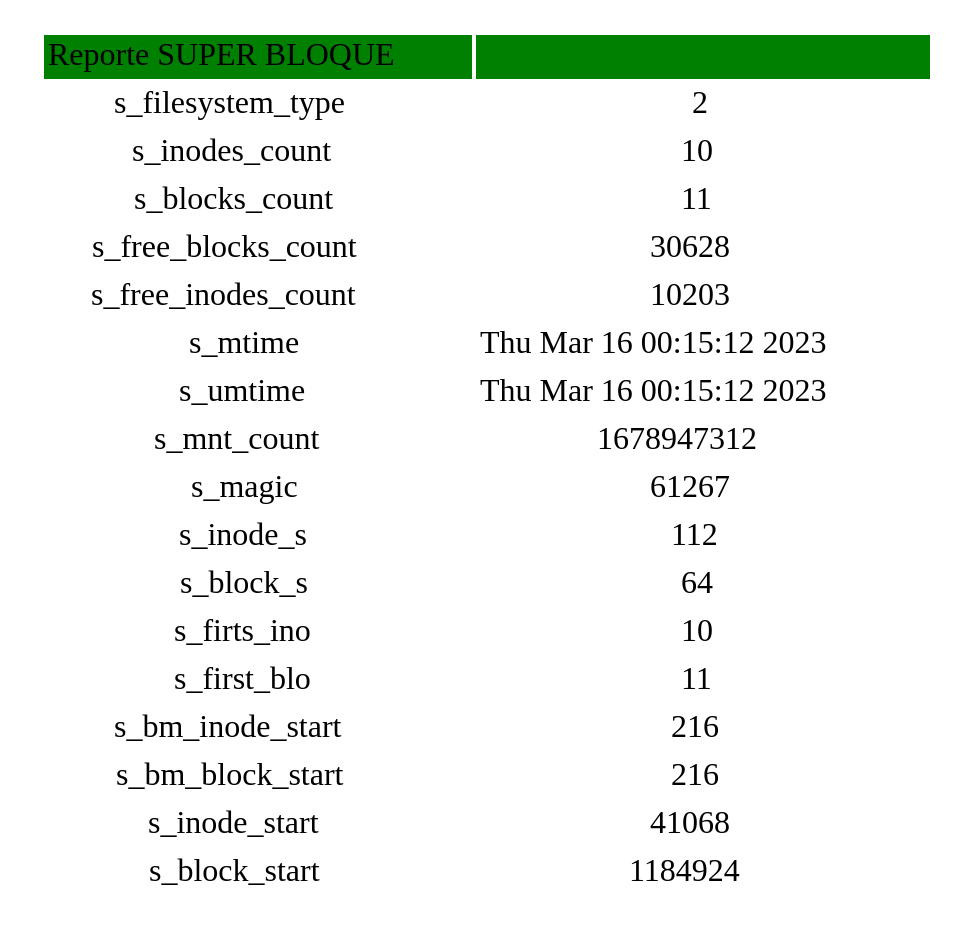
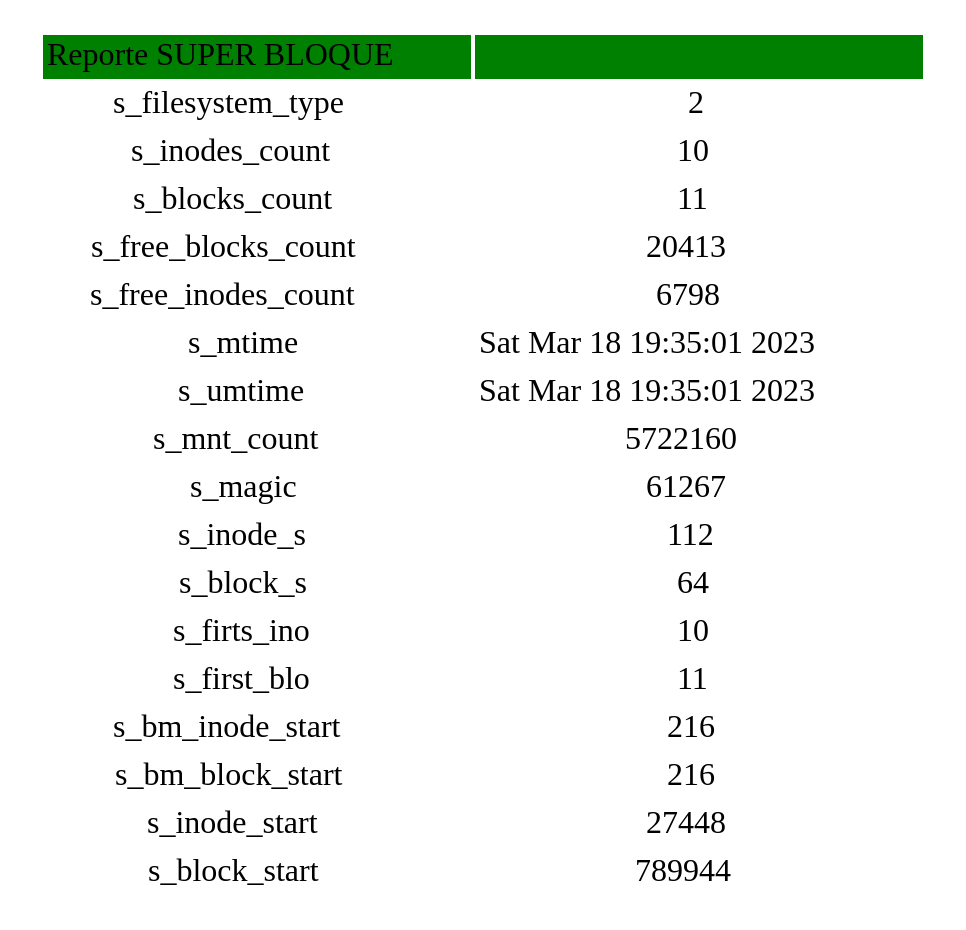
Before and after one commit to JoseMore99/-MIA-Proyecto1_201701015: the diagram in Reportsb.dot, drawn with Graphviz. The commit also changed 21 other files, not shown here.

```diff
--- a/Reportsb.dot
+++ b/Reportsb.dot
@@ -1,82 +1,82 @@
 digraph g {
 graph [];
 node [
 fontsize = "16"
 shape = "record"
 ];
 edge [];
  a0 [shape=none label=<<TABLE border="0">
 <TR><TD bgcolor="green">Reporte SUPER BLOQUE</TD>
 <TD bgcolor="green"></TD></TR>
 <TR><TD>s_filesystem_type</TD>
 <TD>
 2
 </TD></TR>
 <TR><TD>s_inodes_count</TD>
 <TD>
 10
 </TD></TR>
 <TR><TD>s_blocks_count</TD>
 <TD>
 11
 </TD></TR>
 <TR><TD>s_free_blocks_count</TD>
 <TD>
-30628
+20413
 </TD></TR>
 <TR><TD>s_free_inodes_count</TD>
 <TD>
-10203
+6798
 </TD></TR>
 <TR><TD>s_mtime</TD>
 <TD>
-Thu Mar 16 00:15:12 2023
+Sat Mar 18 19:35:01 2023
 
 </TD></TR>
 <TR><TD>s_umtime</TD>
 <TD>
-Thu Mar 16 00:15:12 2023
+Sat Mar 18 19:35:01 2023
 
 </TD></TR>
 <TR><TD>s_mnt_count</TD>
 <TD>
-1678947312
+5722160
 </TD></TR>
 <TR><TD>s_magic</TD>
 <TD>
 61267
 </TD></TR>
 <TR><TD>s_inode_s</TD>
 <TD>
 112
 </TD></TR>
 <TR><TD>s_block_s</TD>
 <TD>
 64
 </TD></TR>
 <TR><TD>s_firts_ino</TD>
 <TD>
 10
 </TD></TR>
 <TR><TD>s_first_blo</TD>
 <TD>
 11
 </TD></TR>
 <TR><TD>s_bm_inode_start</TD>
 <TD>
 216
 </TD></TR>
 <TR><TD>s_bm_block_start</TD>
 <TD>
 216
 </TD></TR>
 <TR><TD>s_inode_start</TD>
 <TD>
-41068
+27448
 </TD></TR>
 <TR><TD>s_block_start</TD>
 <TD>
-1184924
+789944
 </TD></TR>
  </TABLE>>];
 }
```
